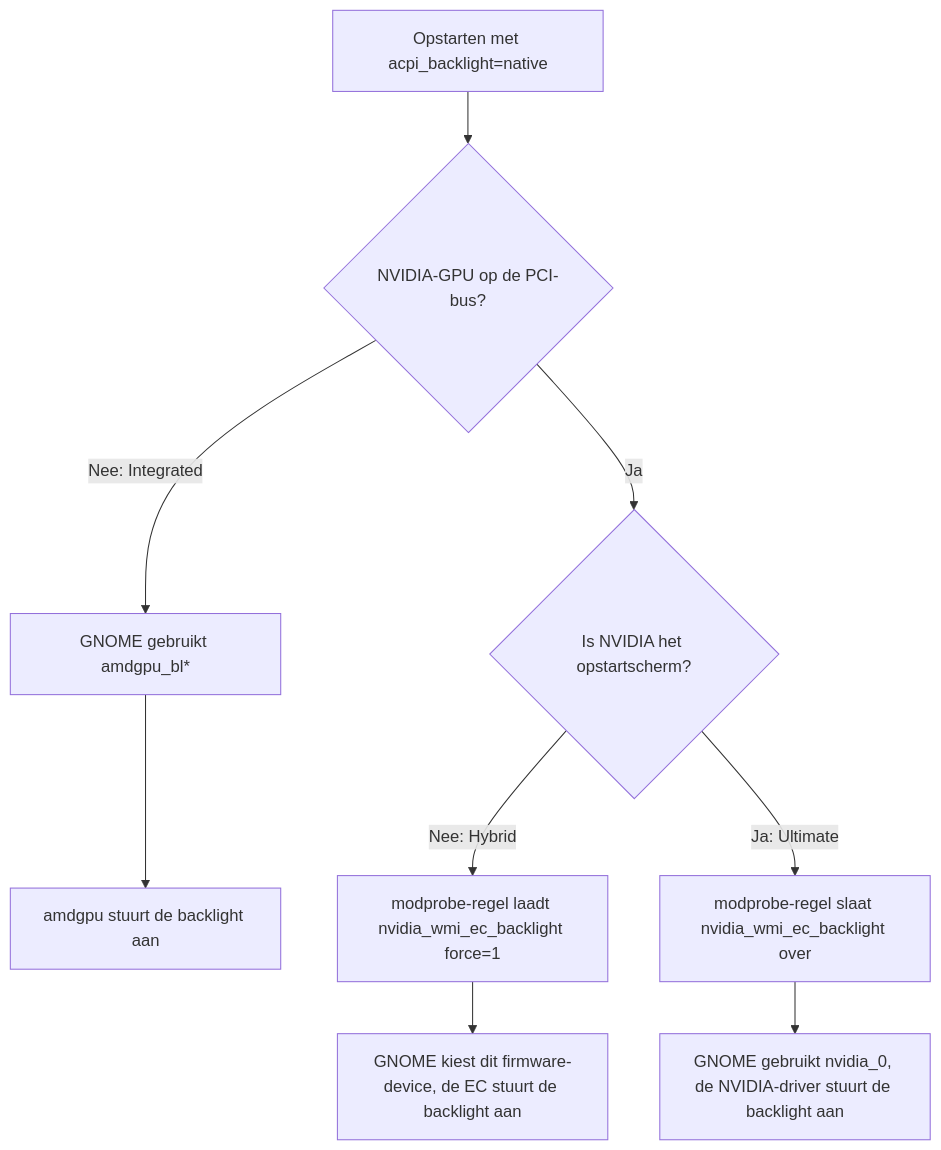
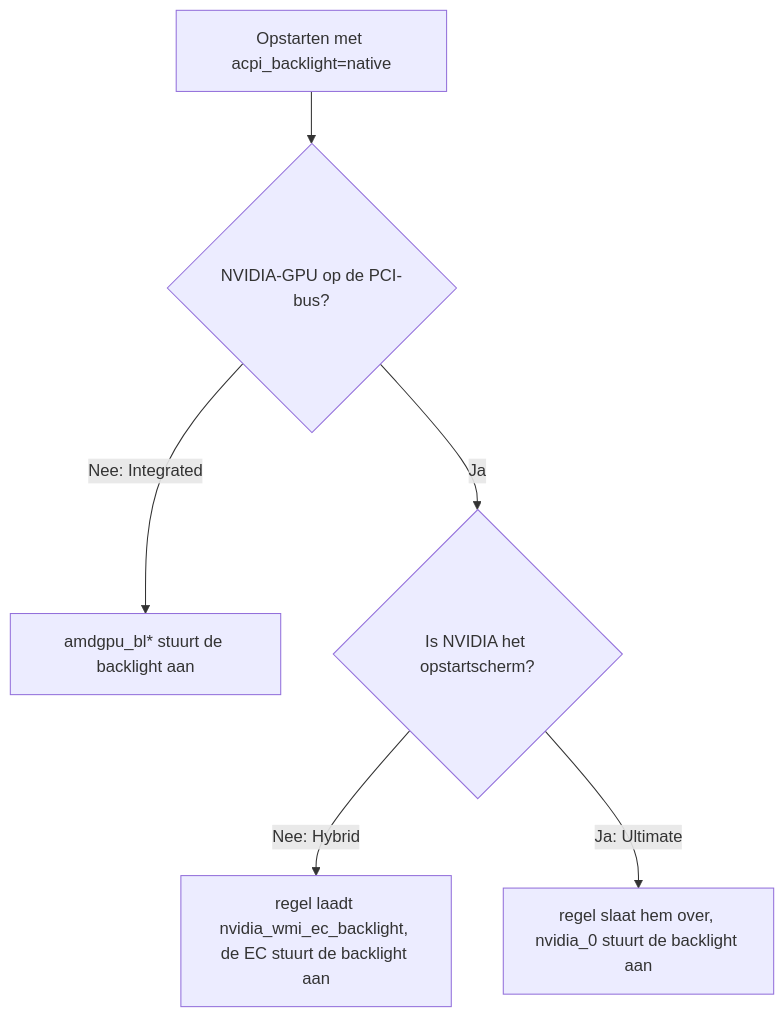
The diagram in src/content/docs/known-issues.nl.md (THectic-NL/Zephyrus-Linux), drawn with Mermaid before and after one commit. The commit also changed other lines of this file and 1 other file, not shown here.

````diff
--- a/src/content/docs/known-issues.nl.md
+++ b/src/content/docs/known-issues.nl.md
@@ -244,11 +110,8 @@
 ```mermaid
 flowchart TD
     boot["Opstarten met acpi_backlight=native"] --> pci{"NVIDIA-GPU op de PCI-bus?"}
-    pci -- "Nee: Integrated" --> amd["GNOME gebruikt amdgpu_bl*"]
-    amd --> amdset["amdgpu stuurt de backlight aan"]
+    pci -- "Nee: Integrated" --> amd["amdgpu_bl* stuurt de backlight aan"]
     pci -- "Ja" --> vga{"Is NVIDIA het opstartscherm?"}
-    vga -- "Nee: Hybrid" --> force["modprobe-regel laadt nvidia_wmi_ec_backlight force=1"]
-    force --> ec["GNOME kiest dit firmware-device, de EC stuurt de backlight aan"]
-    vga -- "Ja: Ultimate" --> skip["modprobe-regel slaat nvidia_wmi_ec_backlight over"]
-    skip --> nv["GNOME gebruikt nvidia_0, de NVIDIA-driver stuurt de backlight aan"]
+    vga -- "Nee: Hybrid" --> ec["regel laadt nvidia_wmi_ec_backlight, de EC stuurt de backlight aan"]
+    vga -- "Ja: Ultimate" --> nv["regel slaat hem over, nvidia_0 stuurt de backlight aan"]
 ```
````
